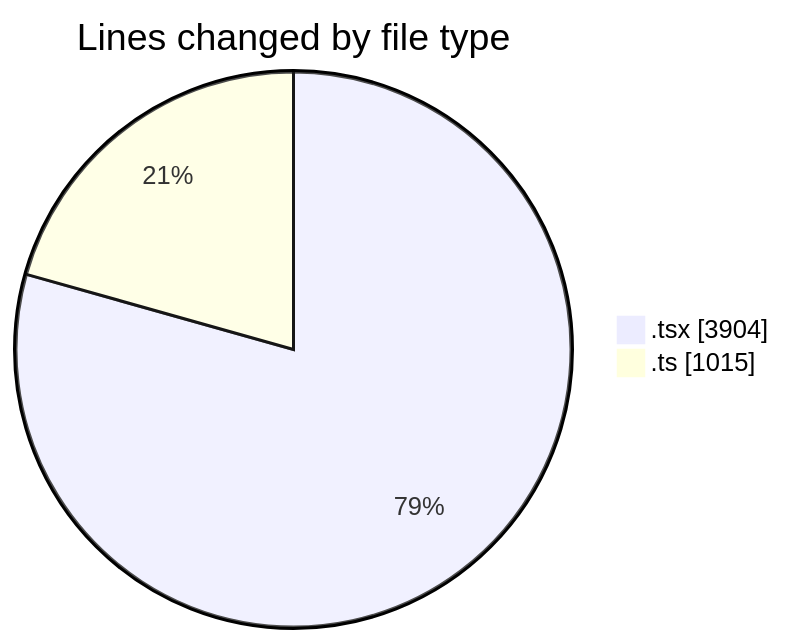
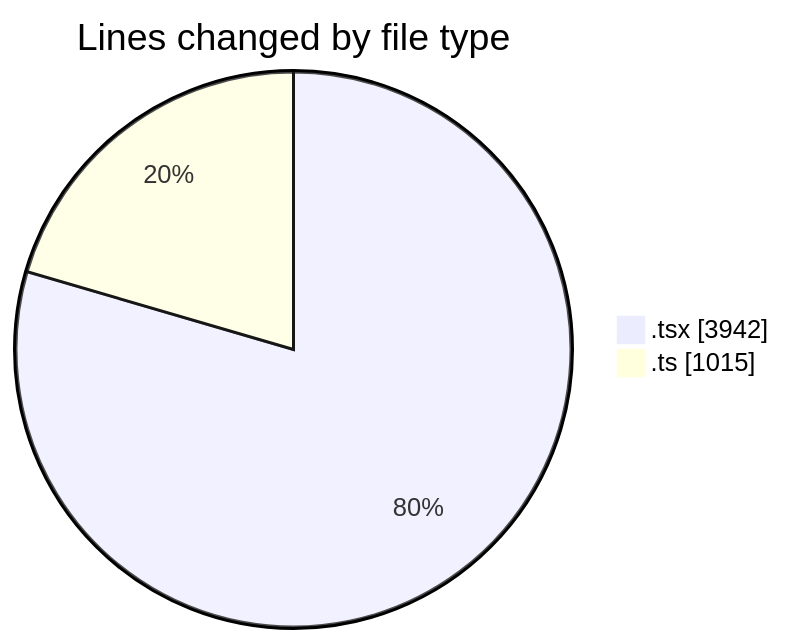
Before and after one commit to momahboobian/code-tracking: the first of 2 diagrams in 2025-07-02/cda/README.md, drawn with Mermaid. The commit also changed other lines of this file and 1 other file, not shown here.

````diff
--- a/2025-07-02/cda/README.md
+++ b/2025-07-02/cda/README.md
@@ -32,6 +32,6 @@
 ```mermaid
 pie showData
 title Lines changed by file type
-".tsx" : 3904
+".tsx" : 3942
 ".ts" : 1015
 ```
````
